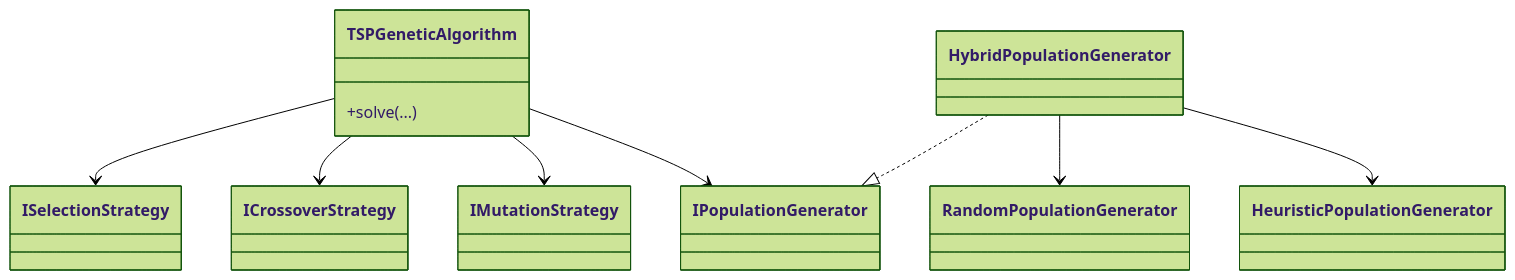
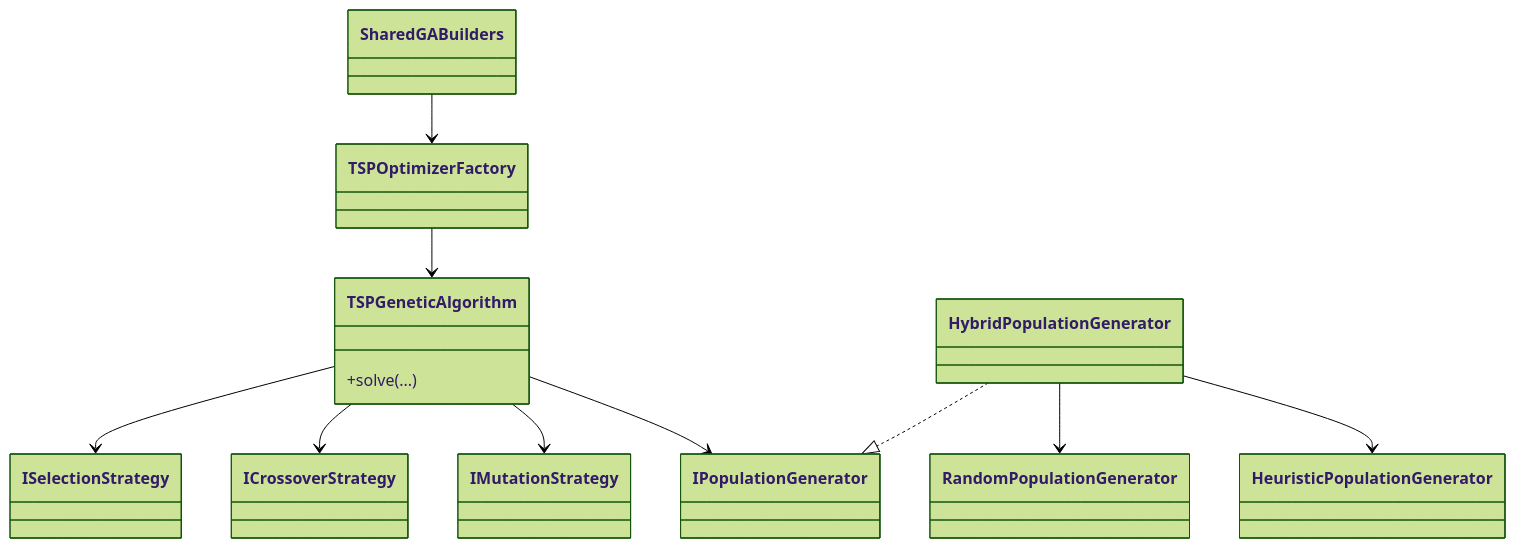
Before and after one commit to luizaaca/api_best_route: the second of 2 diagrams in README.md, drawn with Mermaid (forest theme). The commit also changed other lines of this file and 14 other files, not shown here.

First line of the commit message:
feat: Refactor genetic algorithm factories and introduce shared builders

````diff
--- a/README.md
+++ b/README.md
@@ -147,21 +153,25 @@
 ```mermaid
 classDiagram
+    class TSPOptimizerFactory
     class TSPGeneticAlgorithm {
         +solve(...)
     }
     class ISelectionStrategy
     class ICrossoverStrategy
     class IMutationStrategy
     class IPopulationGenerator
     class HybridPopulationGenerator
     class RandomPopulationGenerator
     class HeuristicPopulationGenerator
+    class SharedGABuilders
 
+    TSPOptimizerFactory --> TSPGeneticAlgorithm
+    SharedGABuilders --> TSPOptimizerFactory
     TSPGeneticAlgorithm --> ISelectionStrategy
     TSPGeneticAlgorithm --> ICrossoverStrategy
     TSPGeneticAlgorithm --> IMutationStrategy
     TSPGeneticAlgorithm --> IPopulationGenerator
     HybridPopulationGenerator ..|> IPopulationGenerator
     HybridPopulationGenerator --> RandomPopulationGenerator
     HybridPopulationGenerator --> HeuristicPopulationGenerator
 ```
````
